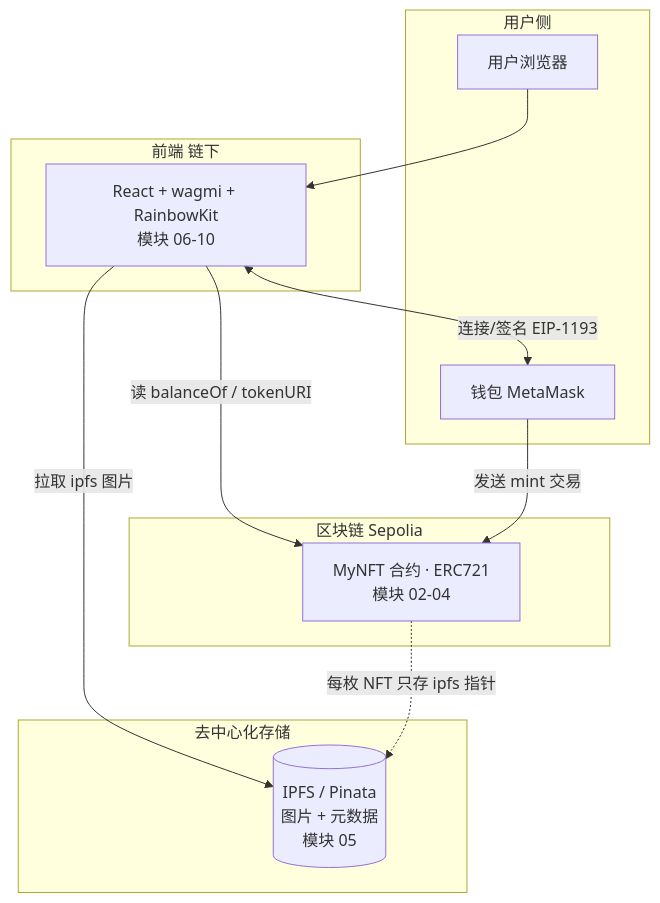
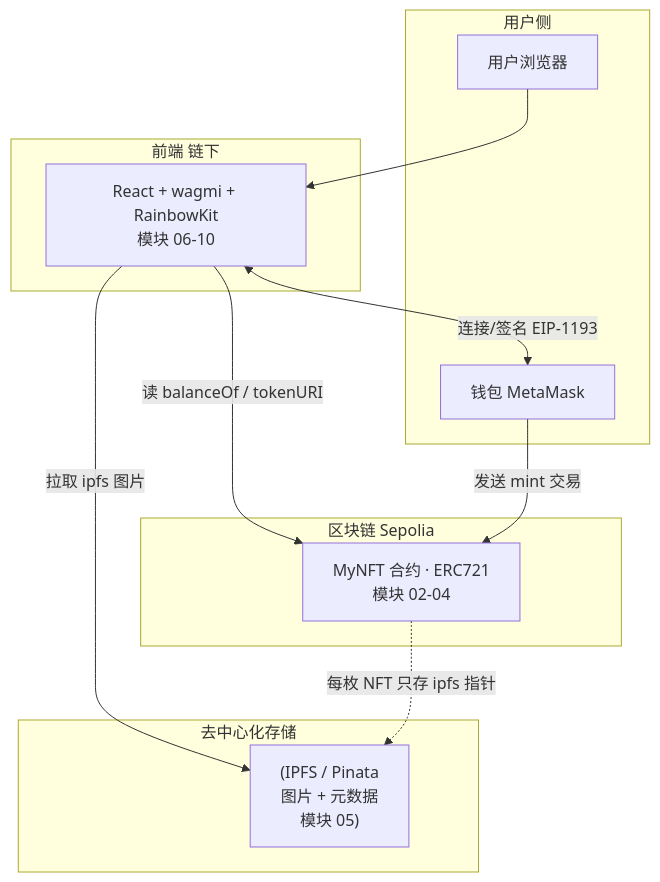
The first of 2 diagrams in 12-dapp-fullstack/README.md (boyley/web3-learning), drawn with Mermaid before and after one commit. The commit also changed 71 other files, not shown here.

First line of the commit message:
fix: 全库修复 Mermaid 词法错误

````diff
--- a/12-dapp-fullstack/README.md
+++ b/12-dapp-fullstack/README.md
@@ -20,23 +20,23 @@
 ```mermaid
 flowchart TB
     subgraph 用户侧
       U[用户浏览器]
       W[钱包 MetaMask]
     end
     subgraph 前端 链下
-      FE[React + wagmi + RainbowKit<br/>模块 06-10]
+      FE["React + wagmi + RainbowKit<br/>模块 06-10"]
     end
     subgraph 去中心化存储
-      IPFS[(IPFS / Pinata<br/>图片 + 元数据<br/>模块 05)]
+      IPFS["(IPFS / Pinata<br/>图片 + 元数据<br/>模块 05)"]
     end
     subgraph 区块链 Sepolia
-      SC[MyNFT 合约 · ERC721<br/>模块 02-04]
+      SC["MyNFT 合约 · ERC721<br/>模块 02-04"]
     end
 
     U --> FE
     FE <-->|连接/签名 EIP-1193| W
     FE -->|读 balanceOf / tokenURI| SC
     W -->|发送 mint 交易| SC
     FE -->|拉取 ipfs 图片| IPFS
-    SC -.每枚 NFT 只存 ipfs 指针.-> IPFS
+    SC-.->|"每枚 NFT 只存 ipfs 指针"| IPFS
 ```
````
